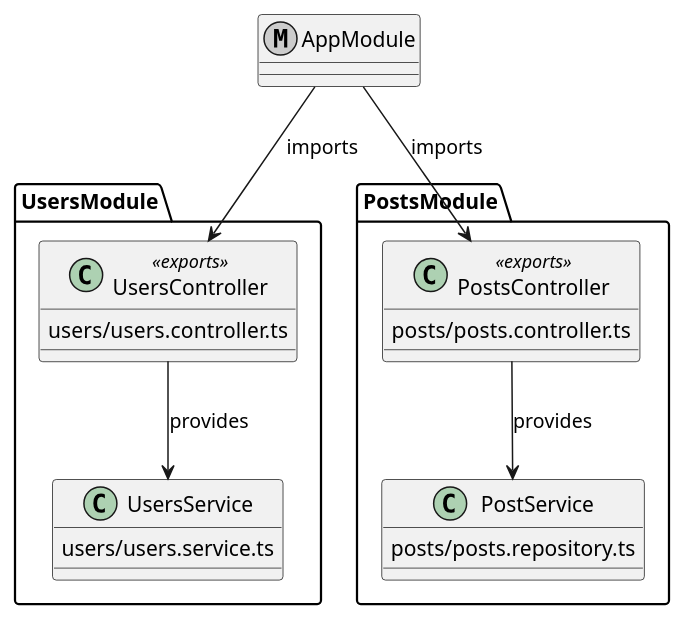
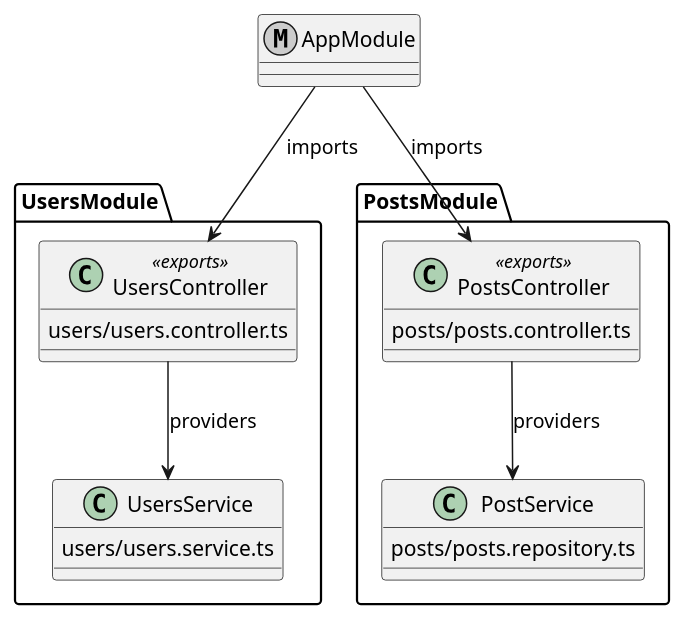
The first of 7 diagrams in source/_posts/2024-05-09-nestjs-module-system-best-plactice.md (KentarouTakeda/blog), drawn with PlantUML before and after one commit. The commit also changed other lines of this file, not shown here.

Commit message:
`provides` を `providers` に指定し前後の表現を調整

````diff
--- a/source/_posts/2024-05-09-nestjs-module-system-best-plactice.md
+++ b/source/_posts/2024-05-09-nestjs-module-system-best-plactice.md
@@ -59,28 +59,28 @@
 ```plantuml
 metaclass AppModule {}
 
 package UsersModule {
   class UsersController <<exports>> {
     users/users.controller.ts
   }
   class UsersService {
     users/users.service.ts
   }
 
-  UsersController -d-> UsersService : provides
+  UsersController -d-> UsersService : providers
 }
 
 package PostsModule {
   class PostsController <<exports>> {
     posts/posts.controller.ts
   }
   class PostService {
     posts/posts.repository.ts
   }
 
-  PostsController -d-> PostService : provides
+  PostsController -d-> PostService : providers
 }
 
 AppModule -d-> UsersController : imports
 AppModule -d-> PostsController : imports
 ```
````
